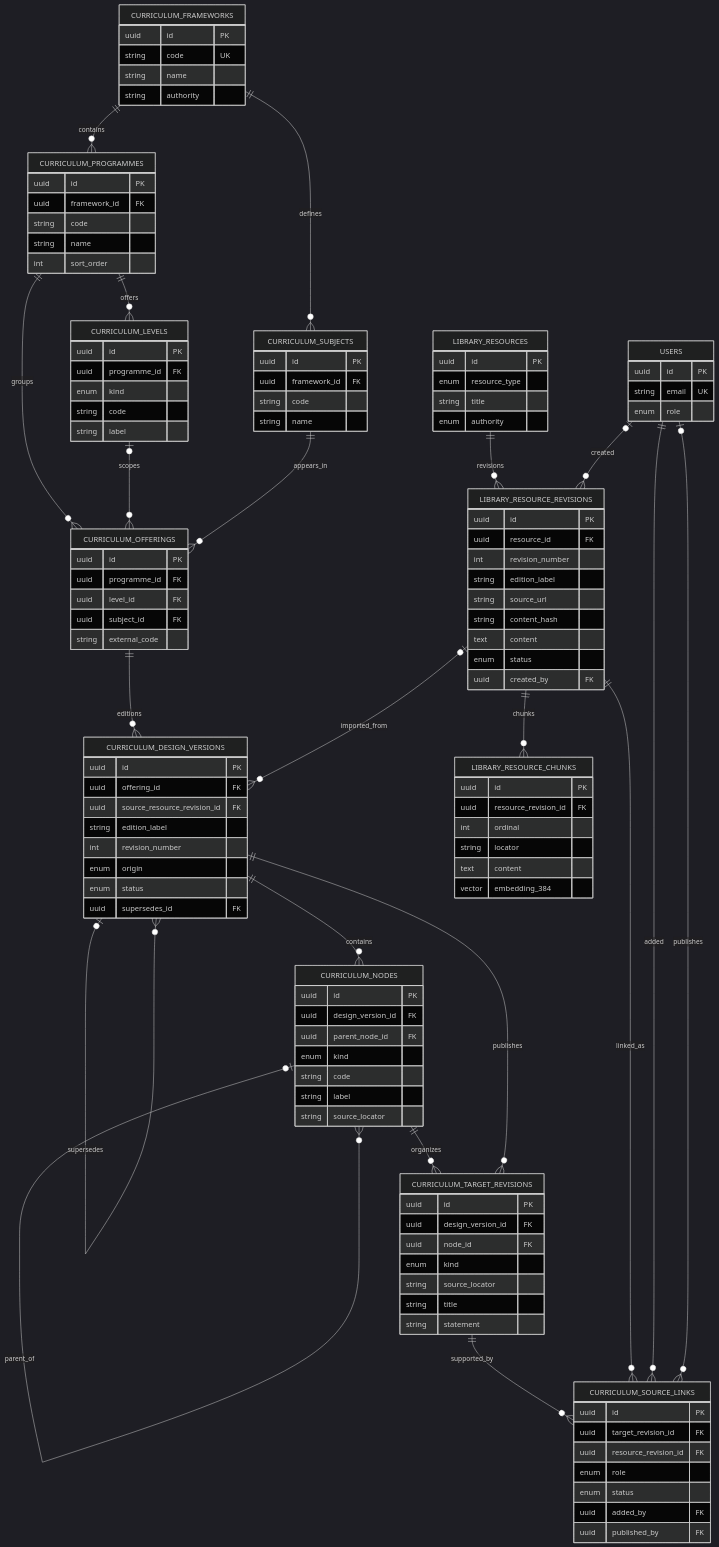
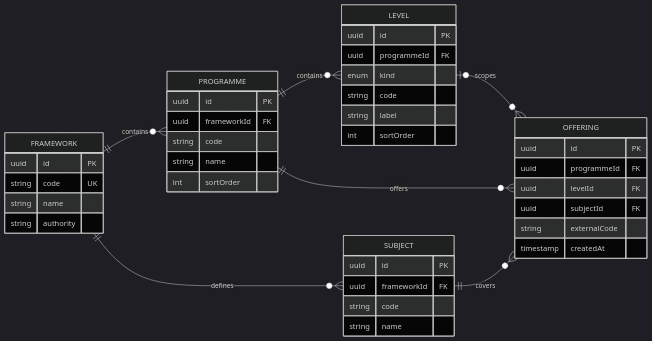
The first of 4 diagrams in docs/domain-model.md (steekam/nova-takehome), drawn with Mermaid (dark theme) before and after one commit. The commit also changed other lines of this file and 43 other files, not shown here.

````diff
--- a/docs/domain-model.md
+++ b/docs/domain-model.md
@@ -53,124 +7,46 @@
 ```mermaid
 erDiagram
-  CURRICULUM_FRAMEWORKS {
+  direction LR
+  FRAMEWORK ||--o{ PROGRAMME : contains
+  FRAMEWORK ||--o{ SUBJECT : defines
+  PROGRAMME ||--o{ LEVEL : contains
+  PROGRAMME ||--o{ OFFERING : offers
+  SUBJECT ||--o{ OFFERING : covers
+  LEVEL o|--o{ OFFERING : scopes
+
+  FRAMEWORK {
     uuid id PK
     string code UK
     string name
     string authority
   }
-  CURRICULUM_PROGRAMMES {
+  PROGRAMME {
     uuid id PK
-    uuid framework_id FK
+    uuid frameworkId FK
     string code
     string name
-    int sort_order
+    int sortOrder
   }
-  CURRICULUM_LEVELS {
+  LEVEL {
     uuid id PK
-    uuid programme_id FK
+    uuid programmeId FK
     enum kind
     string code
     string label
+    int sortOrder
   }
-  CURRICULUM_SUBJECTS {
+  SUBJECT {
     uuid id PK
-    uuid framework_id FK
+    uuid frameworkId FK
     string code
     string name
   }
-  CURRICULUM_OFFERINGS {
+  OFFERING {
     uuid id PK
-    uuid programme_id FK
-    uuid level_id FK
-    uuid subject_id FK
-    string external_code
+    uuid programmeId FK
+    uuid levelId FK
+    uuid subjectId FK
+    string externalCode
+    timestamp createdAt
   }
-  CURRICULUM_DESIGN_VERSIONS {
-    uuid id PK
-    uuid offering_id FK
-    uuid source_resource_revision_id FK
-    string edition_label
-    int revision_number
-    enum origin
-    enum status
-    uuid supersedes_id FK
-  }
-  CURRICULUM_NODES {
-    uuid id PK
-    uuid design_version_id FK
-    uuid parent_node_id FK
-    enum kind
-    string code
-    string label
-    string source_locator
-  }
-  CURRICULUM_TARGET_REVISIONS {
-    uuid id PK
-    uuid design_version_id FK
-    uuid node_id FK
-    enum kind
-    string source_locator
-    string title
-    string statement
-  }
-  LIBRARY_RESOURCES {
-    uuid id PK
-    enum resource_type
-    string title
-    enum authority
-  }
-  LIBRARY_RESOURCE_REVISIONS {
-    uuid id PK
-    uuid resource_id FK
-    int revision_number
-    string edition_label
-    string source_url
-    string content_hash
-    text content
-    enum status
-    uuid created_by FK
-  }
-  LIBRARY_RESOURCE_CHUNKS {
-    uuid id PK
-    uuid resource_revision_id FK
-    int ordinal
-    string locator
-    text content
-    vector embedding_384
-  }
-  CURRICULUM_SOURCE_LINKS {
-    uuid id PK
-    uuid target_revision_id FK
-    uuid resource_revision_id FK
-    enum role
-    enum status
-    uuid added_by FK
-    uuid published_by FK
-  }
-  USERS {
-    uuid id PK
-    string email UK
-    enum role
-  }
-
-  CURRICULUM_FRAMEWORKS ||--o{ CURRICULUM_PROGRAMMES : contains
-  CURRICULUM_FRAMEWORKS ||--o{ CURRICULUM_SUBJECTS : defines
-  CURRICULUM_PROGRAMMES ||--o{ CURRICULUM_LEVELS : offers
-  CURRICULUM_PROGRAMMES ||--o{ CURRICULUM_OFFERINGS : groups
-  CURRICULUM_LEVELS o|--o{ CURRICULUM_OFFERINGS : scopes
-  CURRICULUM_SUBJECTS ||--o{ CURRICULUM_OFFERINGS : appears_in
-  CURRICULUM_OFFERINGS ||--o{ CURRICULUM_DESIGN_VERSIONS : editions
-  CURRICULUM_DESIGN_VERSIONS o|--o{ CURRICULUM_DESIGN_VERSIONS : supersedes
-  CURRICULUM_DESIGN_VERSIONS ||--o{ CURRICULUM_NODES : contains
-  CURRICULUM_NODES o|--o{ CURRICULUM_NODES : parent_of
-  CURRICULUM_NODES ||--o{ CURRICULUM_TARGET_REVISIONS : organizes
-  CURRICULUM_DESIGN_VERSIONS ||--o{ CURRICULUM_TARGET_REVISIONS : publishes
-  LIBRARY_RESOURCES ||--o{ LIBRARY_RESOURCE_REVISIONS : revisions
-  LIBRARY_RESOURCE_REVISIONS ||--o{ LIBRARY_RESOURCE_CHUNKS : chunks
-  CURRICULUM_TARGET_REVISIONS ||--o{ CURRICULUM_SOURCE_LINKS : supported_by
-  LIBRARY_RESOURCE_REVISIONS ||--o{ CURRICULUM_SOURCE_LINKS : linked_as
-  LIBRARY_RESOURCE_REVISIONS o|--o{ CURRICULUM_DESIGN_VERSIONS : imported_from
-  USERS o|--o{ LIBRARY_RESOURCE_REVISIONS : created
-  USERS ||--o{ CURRICULUM_SOURCE_LINKS : added
-  USERS o|--o{ CURRICULUM_SOURCE_LINKS : publishes
 ```
````
